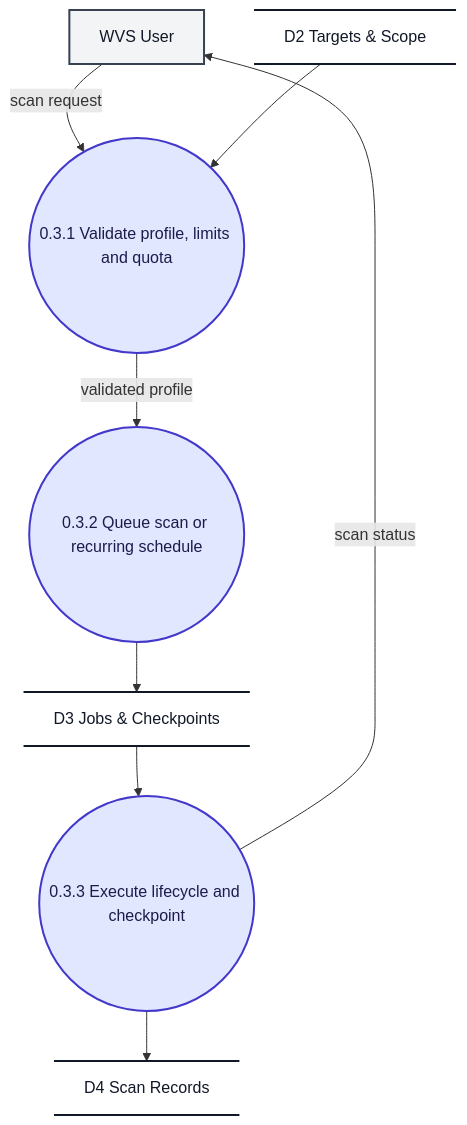
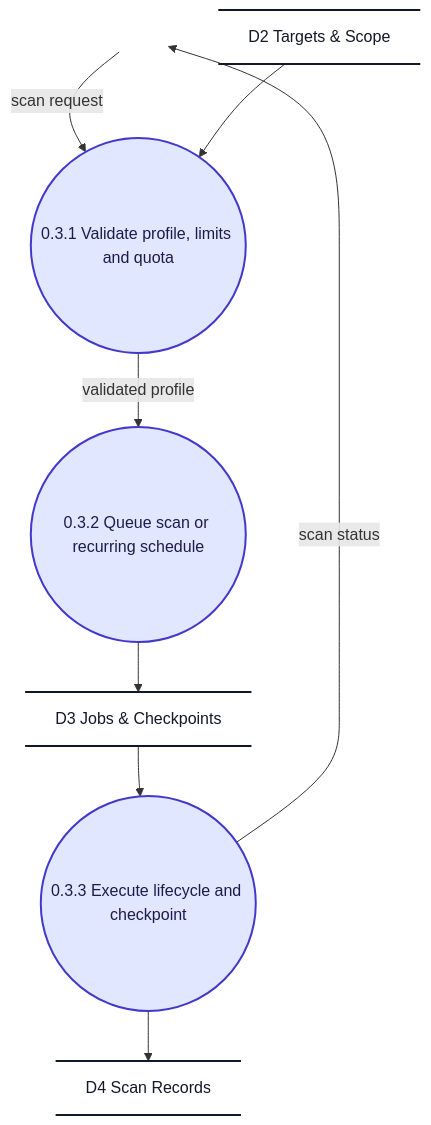
The diagram in docs/dfd/mermaid/f.3.mmd (ksacheth/software-engineering), drawn with Mermaid before and after one commit. The commit also changed 19 other files, not shown here.

```diff
--- a/docs/dfd/mermaid/f.3.mmd
+++ b/docs/dfd/mermaid/f.3.mmd
@@ -1,26 +1,28 @@
 flowchart TD
     %% Level 2 DFD - F.3 Scan Configuration and Execution
+    %% External entities appear only in the Level 0 context diagram
+    %% (Rajib Mall, Ch. 6); boundary arrows carry cross-boundary flows.
 
-    User["WVS User"]
+    B_User[" "]
     P31(("0.3.1 Validate profile, limits and quota"))
     P32(("0.3.2 Queue scan or recurring schedule"))
     P33(("0.3.3 Execute lifecycle and checkpoint"))
     D2@{ shape: datastore, label: "D2 Targets & Scope" }
     D3@{ shape: datastore, label: "D3 Jobs & Checkpoints" }
     D4@{ shape: datastore, label: "D4 Scan Records" }
 
-    User -->|"scan request"| P31
-    P33 -->|"scan status"| User
+    B_User -->|"scan request"| P31
+    P33 -->|"scan status"| B_User
     P31 -->|"validated profile"| P32
     D2 --> P31
     P32 --> D3
     D3 --> P33
     P33 --> D4
 
     %% Styling
     classDef process fill:#e0e7ff,stroke:#4338ca,stroke-width:2px,color:#1e1b4b;
-    classDef entity fill:#f3f4f6,stroke:#374151,stroke-width:2px,color:#111827;
     classDef store fill:transparent,stroke:#111827,stroke-width:2px,color:#111827;
+    classDef boundary fill:transparent,stroke:transparent,color:transparent;
     class P31,P32,P33 process;
-    class User entity;
     class D2,D3,D4 store;
+    class B_User boundary;
```
